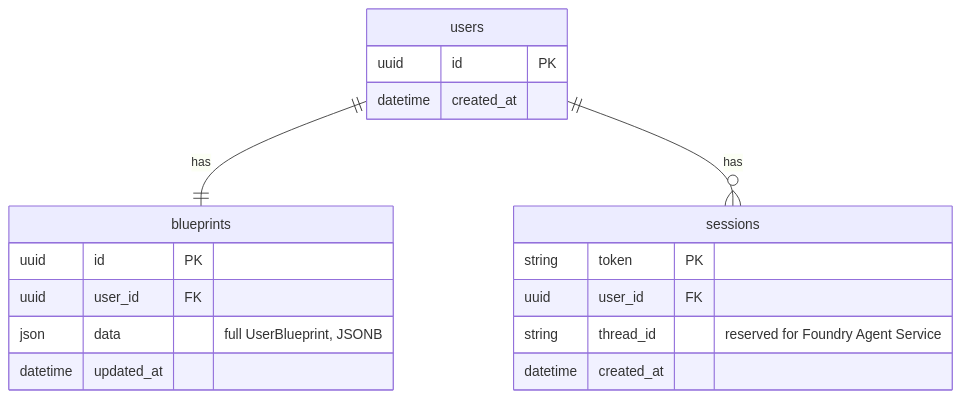
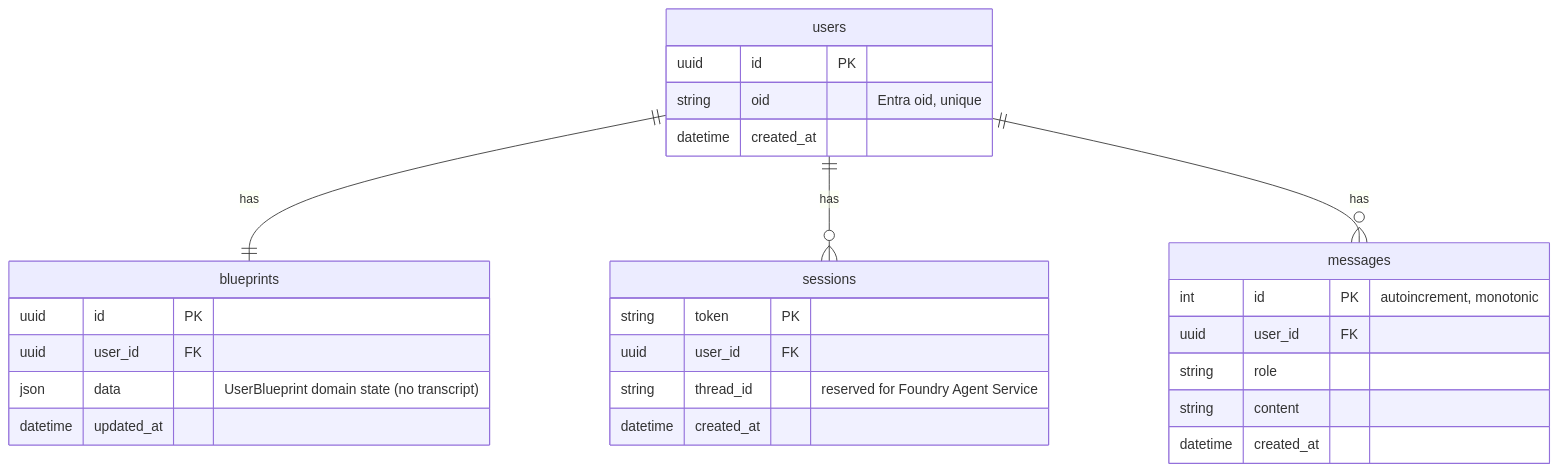
One commit to scopeta/futureself changed the fifth of 7 diagrams in ARCHITECTURE.md. Above: the diagram before and after it, drawn with Mermaid. The commit also changed other lines of this file and 22 other files, not shown here.

````diff
--- a/ARCHITECTURE.md
+++ b/ARCHITECTURE.md
@@ -295,22 +310,31 @@
 ```mermaid
 erDiagram
     users ||--|| blueprints : has
     users ||--o{ sessions : has
+    users ||--o{ messages : has
 
     users {
         uuid id PK
+        string oid "Entra oid, unique"
         datetime created_at
     }
     blueprints {
         uuid id PK
         uuid user_id FK
-        json data "full UserBlueprint, JSONB"
+        json data "UserBlueprint domain state (no transcript)"
         datetime updated_at
     }
     sessions {
         string token PK
         uuid user_id FK
         string thread_id "reserved for Foundry Agent Service"
         datetime created_at
     }
+    messages {
+        int id PK "autoincrement, monotonic"
+        uuid user_id FK
+        string role
+        string content
+        datetime created_at
+    }
 ```
````
